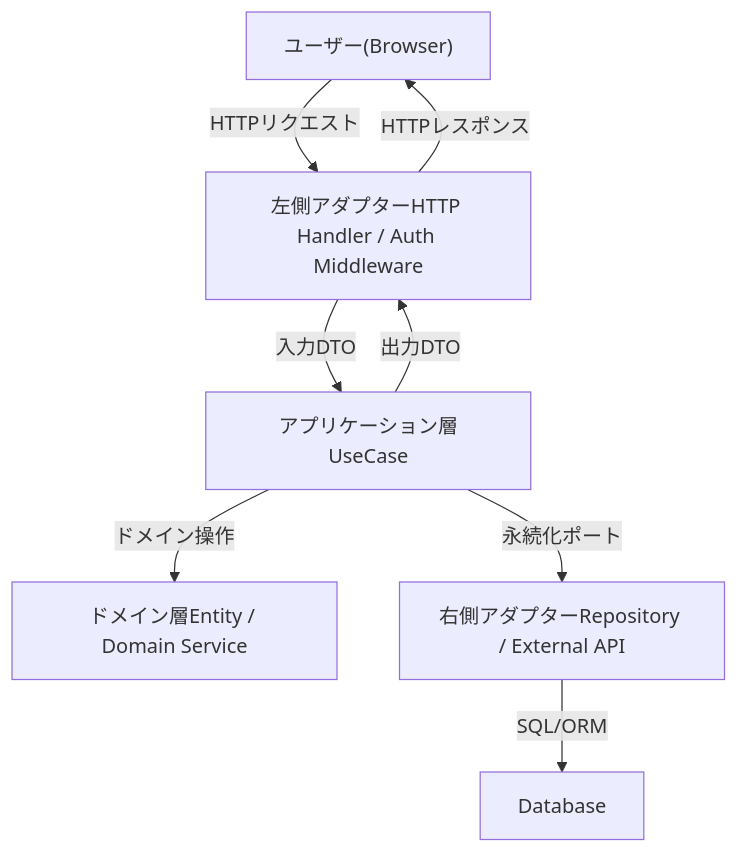
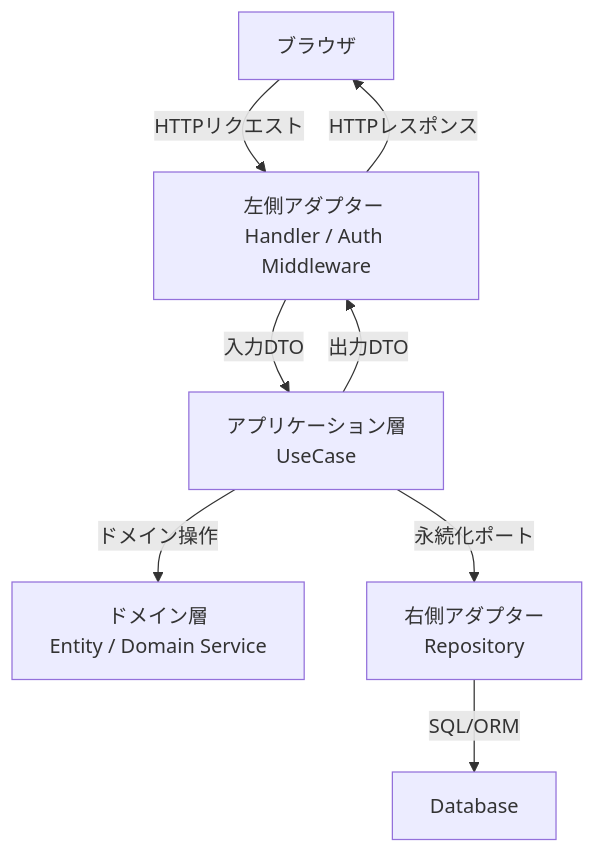
The diagram in docs/architecture.md (Moku3956/daily-routine), drawn with Mermaid before and after one commit. The commit also changed other lines of this file and 6 other files, not shown here.

````diff
--- a/docs/architecture.md
+++ b/docs/architecture.md
@@ -17,17 +17,17 @@
 ```mermaid
 graph TD
-    User["ユーザー(Browser)"]
-    L["左側アダプターHTTP Handler / Auth Middleware"]
-    U["アプリケーション層UseCase"]
-    D["ドメイン層Entity / Domain Service"]
-    R["右側アダプターRepository / External API"]
+    User["ブラウザ"]
+    L["左側アダプター <br>Handler / Auth Middleware"]
+    U["アプリケーション層 <br>UseCase"]
+    D["ドメイン層 <br>Entity / Domain Service"]
+    R["右側アダプター <br>Repository"]
     DB["Database"]
 
     User-->|HTTPリクエスト|L
     L-->|入力DTO|U
     U-->|ドメイン操作|D
     U-->|永続化ポート|R
     R-->|SQL/ORM|DB
     U-->|出力DTO|L
     L-->|HTTPレスポンス|User
 ```
````
